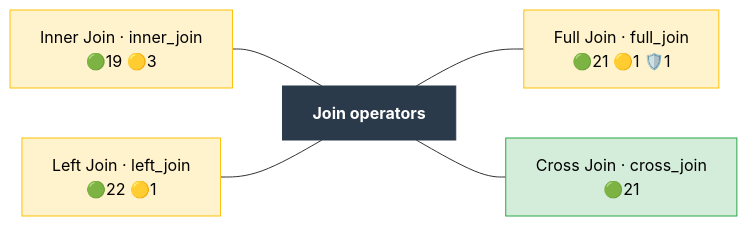
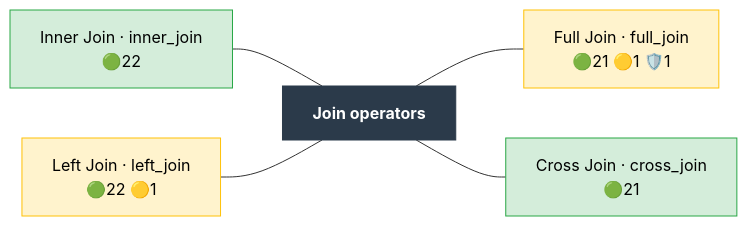
The diagram in docs/operator_map/join/index.rst (Meaningful-Data/vtlengine), drawn with Mermaid before and after one commit. The commit also changed other lines of this file and 140 other files, not shown here.

```diff
--- a/docs/operator_map/join/index.rst
+++ b/docs/operator_map/join/index.rst
@@ -17,24 +17,24 @@
 .. mermaid::
    :config: {"flowchart": {"useMaxWidth": false}}
 
    flowchart LR
        classDef ok fill:#d4edda,stroke:#28a745,color:#000
        classDef partial fill:#fff3cd,stroke:#ffc107,color:#000
        classDef refused fill:#d4edda,stroke:#28a745,stroke-width:3px,stroke-dasharray: 2 2,color:#000
        classDef missing fill:#f8d7da,stroke:#dc3545,color:#000
        classDef diverge fill:#cce5ff,stroke:#007bff,color:#000
        classDef block fill:#2b3a4a,stroke:#2b3a4a,color:#fff,font-weight:bold
        classDef ext fill:#fff,stroke:#666,color:#000,stroke-dasharray: 5 5
        B["Join operators"]:::block
-       join__inner_join["Inner Join · inner_join<br/>🟢19 🟡3"]:::partial
+       join__inner_join["Inner Join · inner_join<br/>🟢22"]:::ok
        join__left_join["Left Join · left_join<br/>🟢22 🟡1"]:::partial
        join__full_join["Full Join · full_join<br/>🟢21 🟡1 🛡️1"]:::partial
        join__cross_join["Cross Join · cross_join<br/>🟢21"]:::ok
        join__inner_join --- B
        join__left_join --- B
        B --- join__full_join
        B --- join__cross_join
        click join__inner_join href "inner_join.html"
        click join__left_join href "left_join.html"
        click join__full_join href "full_join.html"
        click join__cross_join href "cross_join.html"
```
